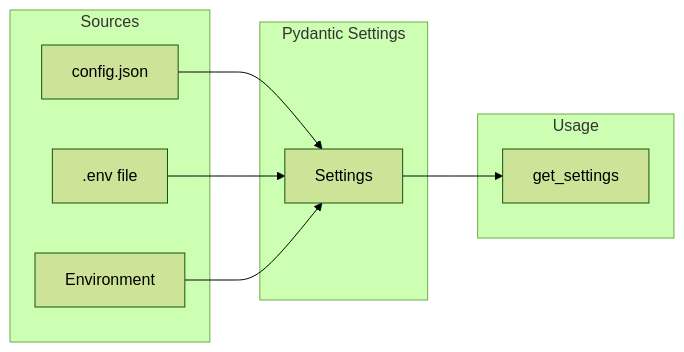
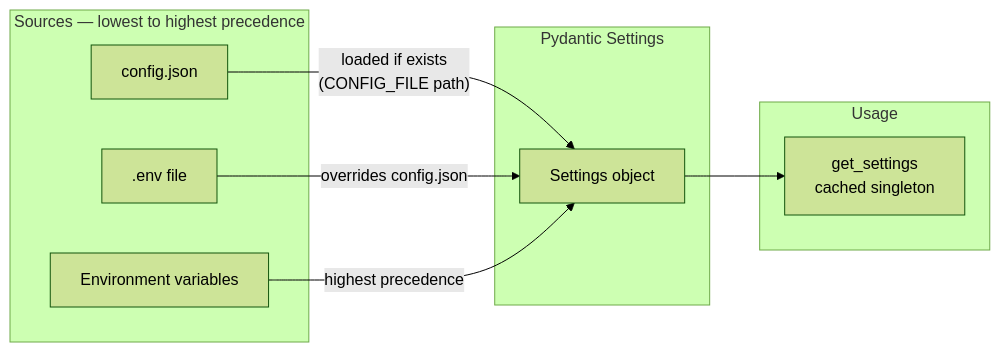
The second of 2 diagrams in docs/CONFIGURATION.md (StevenGann/Gregory), drawn with Mermaid (forest theme) before and after one commit. The commit also changed other lines of this file and 10 other files, not shown here.

````diff
--- a/docs/CONFIGURATION.md
+++ b/docs/CONFIGURATION.md
@@ -242,21 +305,21 @@
 ```mermaid
 flowchart LR
-    subgraph sources [Sources]
+    subgraph sources [Sources — lowest to highest precedence]
         json[config.json]
         dotenv[.env file]
-        env[Environment]
+        env[Environment variables]
     end
 
     subgraph pydantic [Pydantic Settings]
-        settings[Settings]
+        settings[Settings object]
     end
 
     subgraph usage [Usage]
-        config[get_settings]
+        config[get_settings\ncached singleton]
     end
 
-    json --> settings
-    dotenv --> settings
-    env --> settings
+    json -->|"loaded if exists\n(CONFIG_FILE path)"| settings
+    dotenv -->|"overrides config.json"| settings
+    env -->|"highest precedence"| settings
     settings --> config
 ```
````
